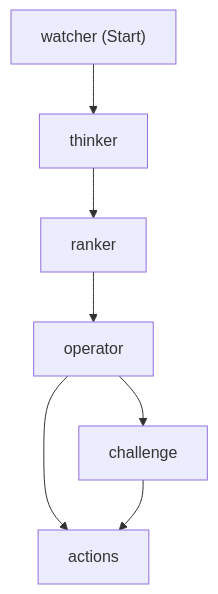
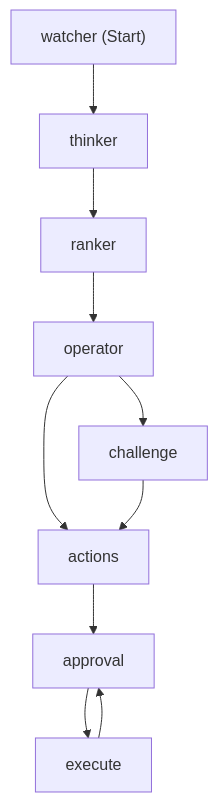
The diagram in docs/workflow-graph.md (allandecastro/dataverse-agent-framework-sales), drawn with Mermaid before and after one commit. The commit also changed other lines of this file and 13 other files, not shown here.

````diff
--- a/docs/workflow-graph.md
+++ b/docs/workflow-graph.md
@@ -13,15 +13,20 @@
 ```mermaid
 flowchart TD
   watcher["watcher (Start)"];
   thinker["thinker"];
   ranker["ranker"];
   operator["operator"];
   challenge["challenge"];
   actions["actions"];
+  approval["approval"];
+  execute["execute"];
   watcher --> thinker;
   thinker --> ranker;
   ranker --> operator;
   operator --> challenge;
   operator --> actions;
   challenge --> actions;
+  actions --> approval;
+  approval --> execute;
+  execute --> approval;
 ```
````
